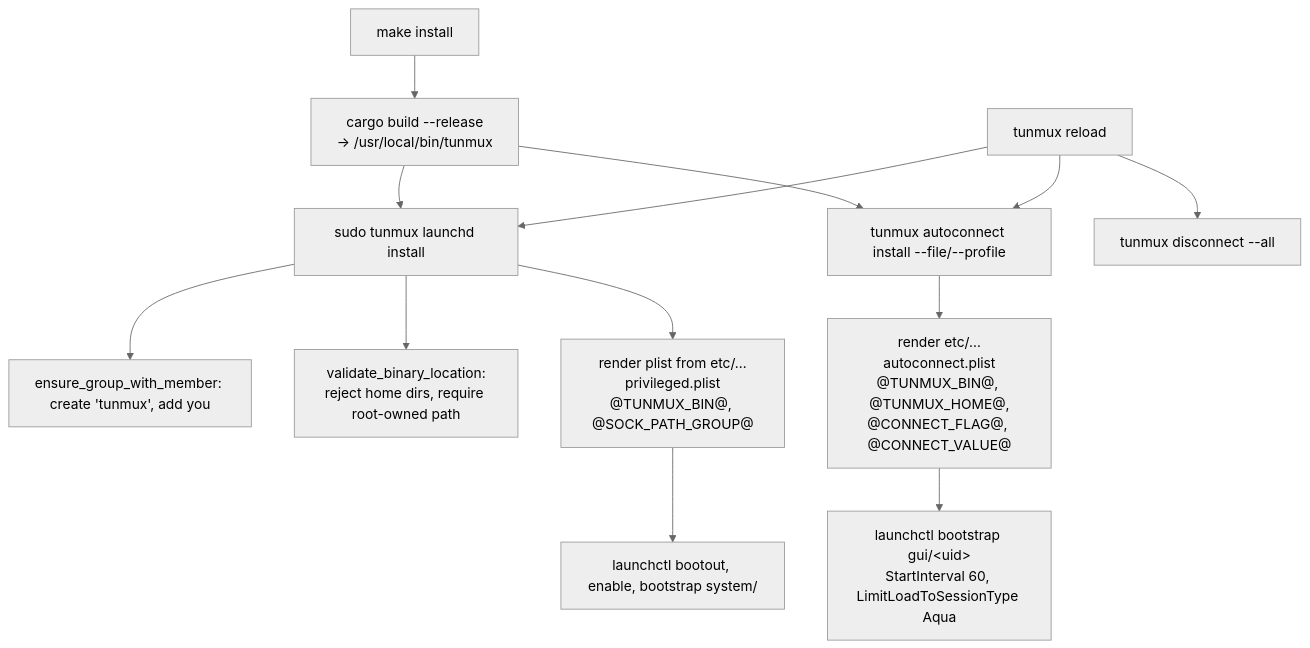
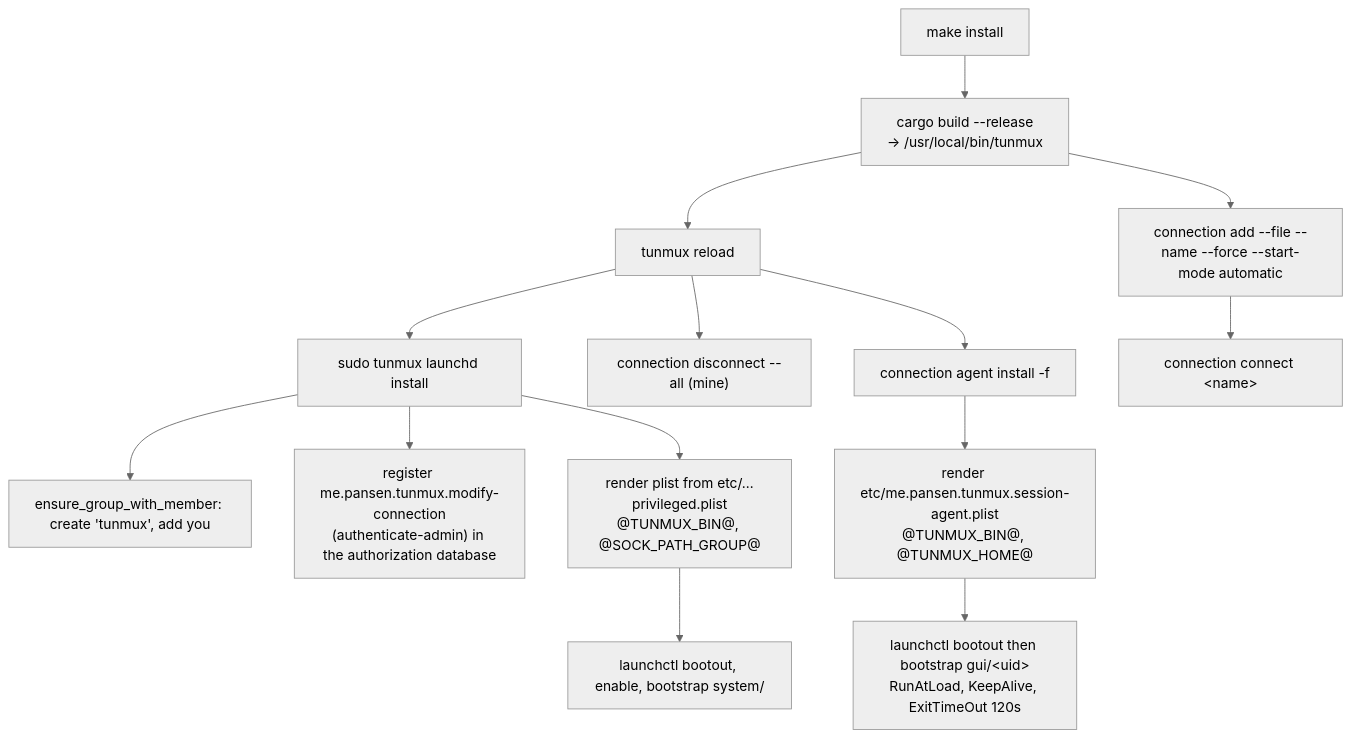
Before and after one commit to pansen/macos-wireguard-daemon: diagram 11 of 11 in doc/architecture.md, drawn with Mermaid (neutral theme). The commit also changed other lines of this file and 1 other file, not shown here.

````diff
--- a/doc/architecture.md
+++ b/doc/architecture.md
@@ -543,18 +597,18 @@
 ```mermaid
 flowchart TB
     MAKE["make install"] --> BUILD["cargo build --release<br/>-> /usr/local/bin/tunmux"]
-    BUILD --> LI["sudo tunmux launchd install"]
-    BUILD --> AI["tunmux autoconnect install --file/--profile"]
+    BUILD --> RELOAD["tunmux reload"]
+    RELOAD --> LI["sudo tunmux launchd install"]
+    RELOAD --> DISC["connection disconnect --all (mine)"]
+    RELOAD --> AI["connection agent install -f"]
+    BUILD --> ADD["connection add --file --name --force --start-mode automatic"]
+    ADD --> CONNECT["connection connect &lt;name&gt;"]
 
     LI --> GRP["ensure_group_with_member: create 'tunmux', add you"]
-    LI --> VAL["validate_binary_location:<br/>reject home dirs, require root-owned path"]
+    LI --> RIGHT["register me.pansen.tunmux.modify-connection<br/>(authenticate-admin) in the authorization database"]
     LI --> PL["render plist from etc/…privileged.plist<br/>@TUNMUX_BIN@, @SOCK_PATH_GROUP@"]
     PL --> BOOT["launchctl bootout, enable, bootstrap system/"]
 
-    AI --> APL["render etc/…autoconnect.plist<br/>@TUNMUX_BIN@, @TUNMUX_HOME@,<br/>@CONNECT_FLAG@, @CONNECT_VALUE@"]
-    APL --> ABOOT["launchctl bootstrap gui/&lt;uid&gt;<br/>StartInterval 60, LimitLoadToSessionType Aqua"]
-
-    RELOAD["tunmux reload"] --> LI
-    RELOAD --> DISC["tunmux disconnect --all"]
-    RELOAD --> AI
+    AI --> APL["render etc/me.pansen.tunmux.session-agent.plist<br/>@TUNMUX_BIN@, @TUNMUX_HOME@"]
+    APL --> ABOOT["launchctl bootout then bootstrap gui/&lt;uid&gt;<br/>RunAtLoad, KeepAlive, ExitTimeOut 120s"]
 ```
````
